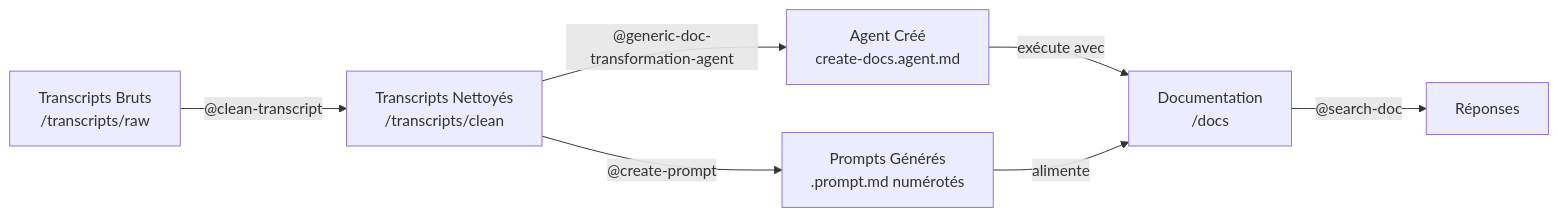
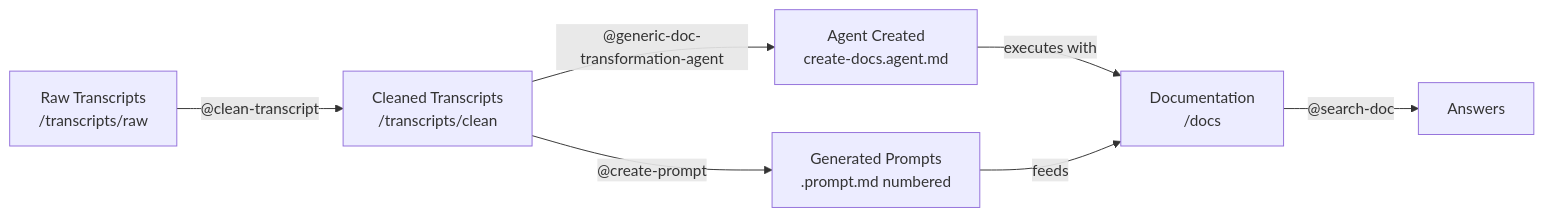
Before and after one commit to BBoyBen/transcript-to-documentation: the diagram in README.md, drawn with Mermaid. The commit also changed other lines of this file and 3 other files, not shown here.

````diff
--- a/README.md
+++ b/README.md
@@ -233,9 +233,9 @@
 ```mermaid
 graph LR
-    A["Transcripts Bruts<br/>/transcripts/raw"] -->|"@clean-transcript"| B["Transcripts Nettoyés<br/>/transcripts/clean"]
-    B -->|"@generic-doc-transformation-agent"| C["Agent Créé<br/>create-docs.agent.md"]
-    B -->|"@create-prompt"| D["Prompts Générés<br/>.prompt.md numérotés"]
-    C -->|"exécute avec"| E["Documentation<br/>/docs"]
-    D -->|"alimente"| E
-    E -->|"@search-doc"| F["Réponses"]
+    A["Raw Transcripts<br/>/transcripts/raw"] -->|"@clean-transcript"| B["Cleaned Transcripts<br/>/transcripts/clean"]
+    B -->|"@generic-doc-transformation-agent"| C["Agent Created<br/>create-docs.agent.md"]
+    B -->|"@create-prompt"| D["Generated Prompts<br/>.prompt.md numbered"]
+    C -->|"executes with"| E["Documentation<br/>/docs"]
+    D -->|"feeds"| E
+    E -->|"@search-doc"| F["Answers"]
 ```
````
